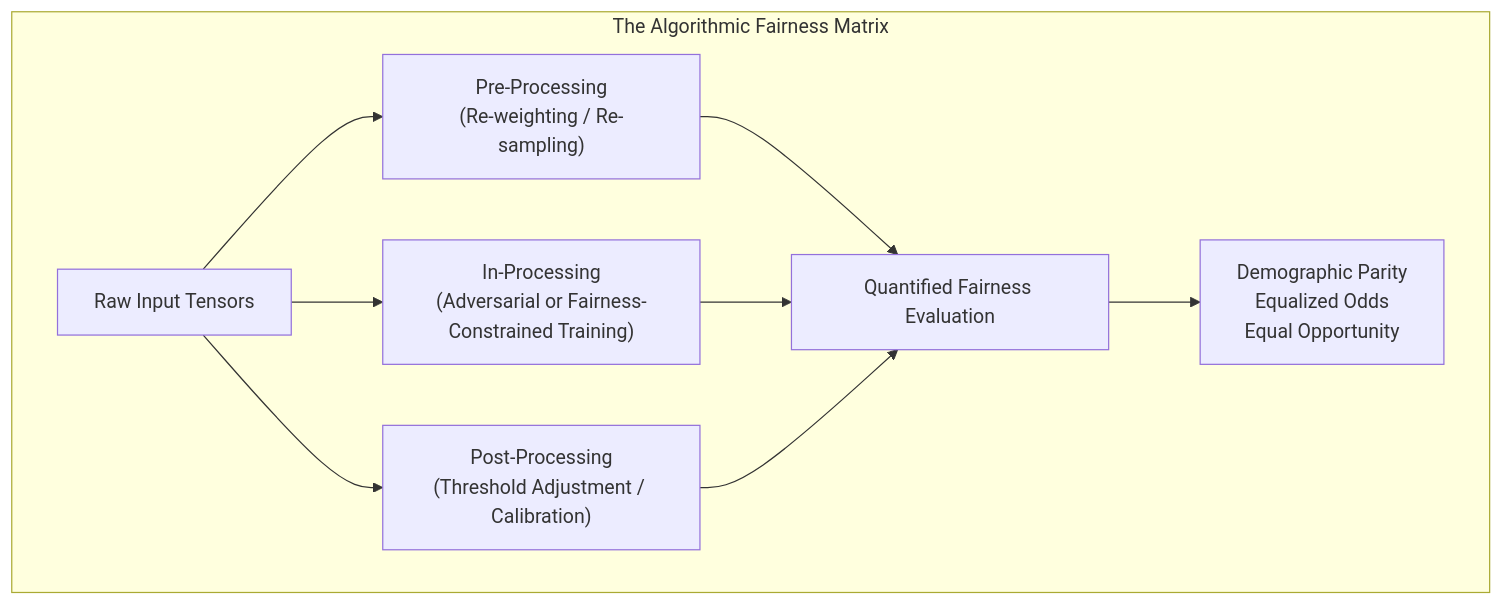
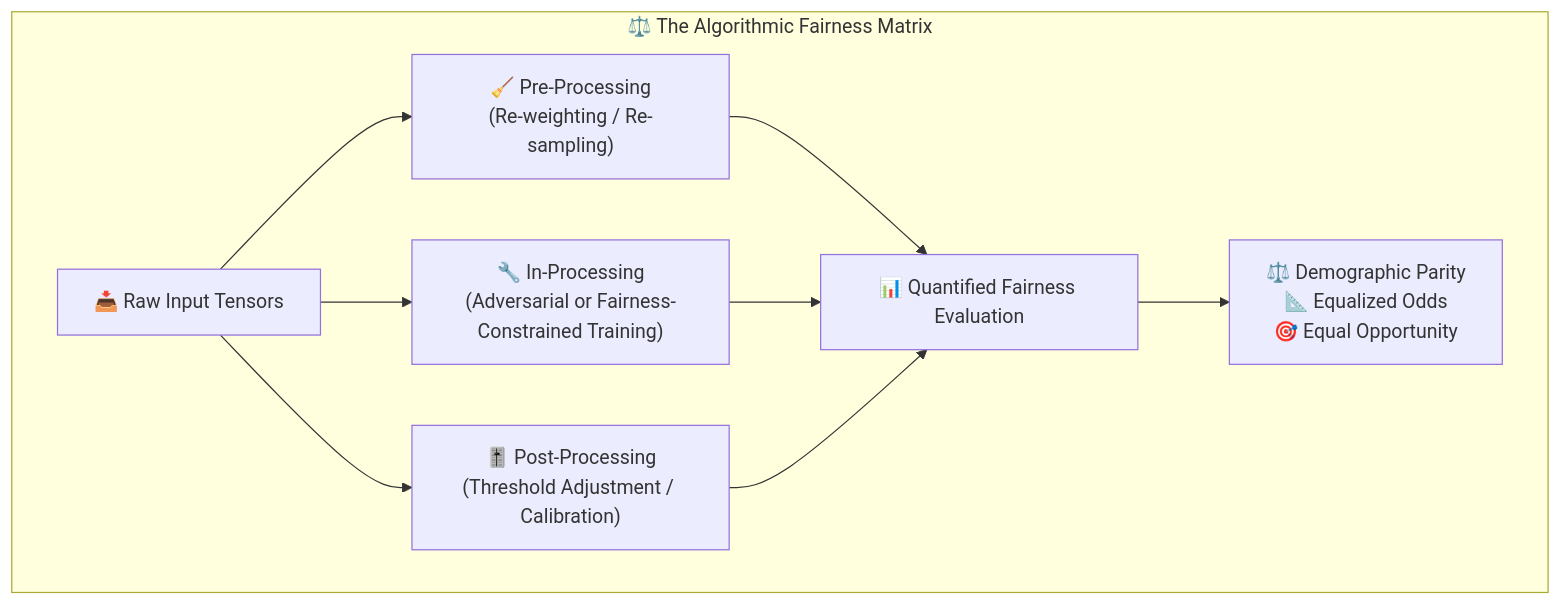
The second of 2 diagrams in README.md (ishandutta2007/Awesome-Bias-Mitigation), drawn with Mermaid before and after one commit. The commit also changed other lines of this file and 1 other file, not shown here.

````diff
--- a/README.md
+++ b/README.md
@@ -52,17 +71,17 @@
 ```mermaid
 flowchart TB
 
-subgraph F["The Algorithmic Fairness Matrix"]
-    A["Raw Input Tensors"]
+subgraph F["⚖️ The Algorithmic Fairness Matrix"]
+    A["📥 Raw Input Tensors"]
 
-    A --> B["Pre-Processing<br/>(Re-weighting / Re-sampling)"]
-    A --> C["In-Processing<br/>(Adversarial or Fairness-Constrained Training)"]
-    A --> D["Post-Processing<br/>(Threshold Adjustment / Calibration)"]
+    A --> B["🧹 Pre-Processing<br/>(Re-weighting / Re-sampling)"]
+    A --> C["🔧 In-Processing<br/>(Adversarial or Fairness-Constrained Training)"]
+    A --> D["🎚️ Post-Processing<br/>(Threshold Adjustment / Calibration)"]
 
-    B --> E["Quantified Fairness Evaluation"]
+    B --> E["📊 Quantified Fairness Evaluation"]
     C --> E
     D --> E
 
-    E --> F1["Demographic Parity<br/>Equalized Odds<br/>Equal Opportunity"]
+    E --> F1["⚖️ Demographic Parity<br/>📐 Equalized Odds<br/>🎯 Equal Opportunity"]
 end
 ```
````
